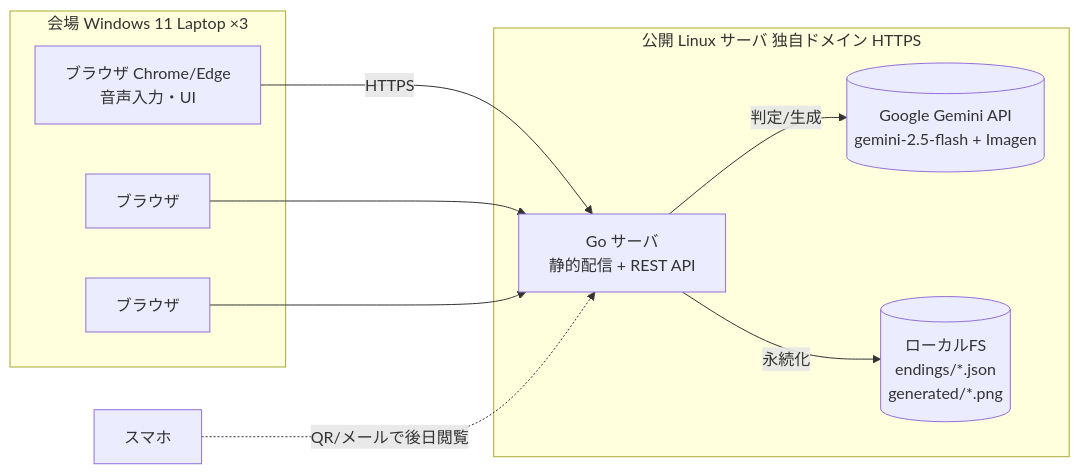
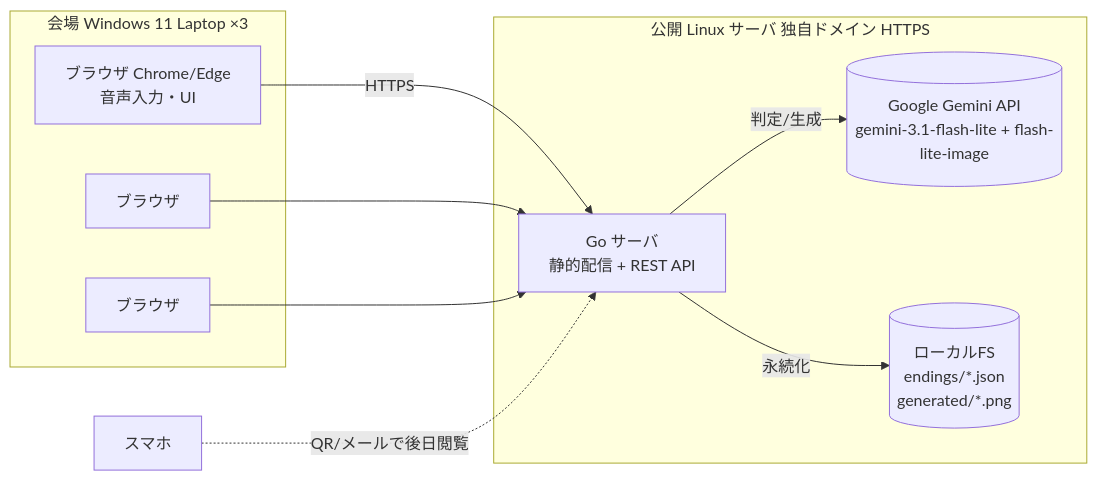
The first of 4 diagrams in 2026/README.md (sokoide/familyday), drawn with Mermaid before and after one commit. The commit also changed other lines of this file and 16 other files, not shown here.

````diff
--- a/2026/README.md
+++ b/2026/README.md
@@ -30,17 +30,17 @@
 ```mermaid
 flowchart LR
   subgraph 会場[会場 Windows 11 Laptop ×3]
     B1[ブラウザ Chrome/Edge<br/>音声入力・UI]
     B2[ブラウザ]
     B3[ブラウザ]
   end
   subgraph 鯖[公開 Linux サーバ 独自ドメイン HTTPS]
     SRV[Go サーバ<br/>静的配信 + REST API]
-    SRV -->|判定/生成| GEM[(Google Gemini API<br/>gemini-2.5-flash + Imagen)]
+    SRV -->|判定/生成| GEM[(Google Gemini API<br/>gemini-3.1-flash-lite + flash-lite-image)]
     SRV -->|永続化| FS[(ローカルFS<br/>endings/*.json<br/>generated/*.png)]
   end
   B1 -->|HTTPS| SRV
   B2 --> SRV
   B3 --> SRV
   MOB[スマホ] -.QR/メールで後日閲覧.-> SRV
 ```
````
